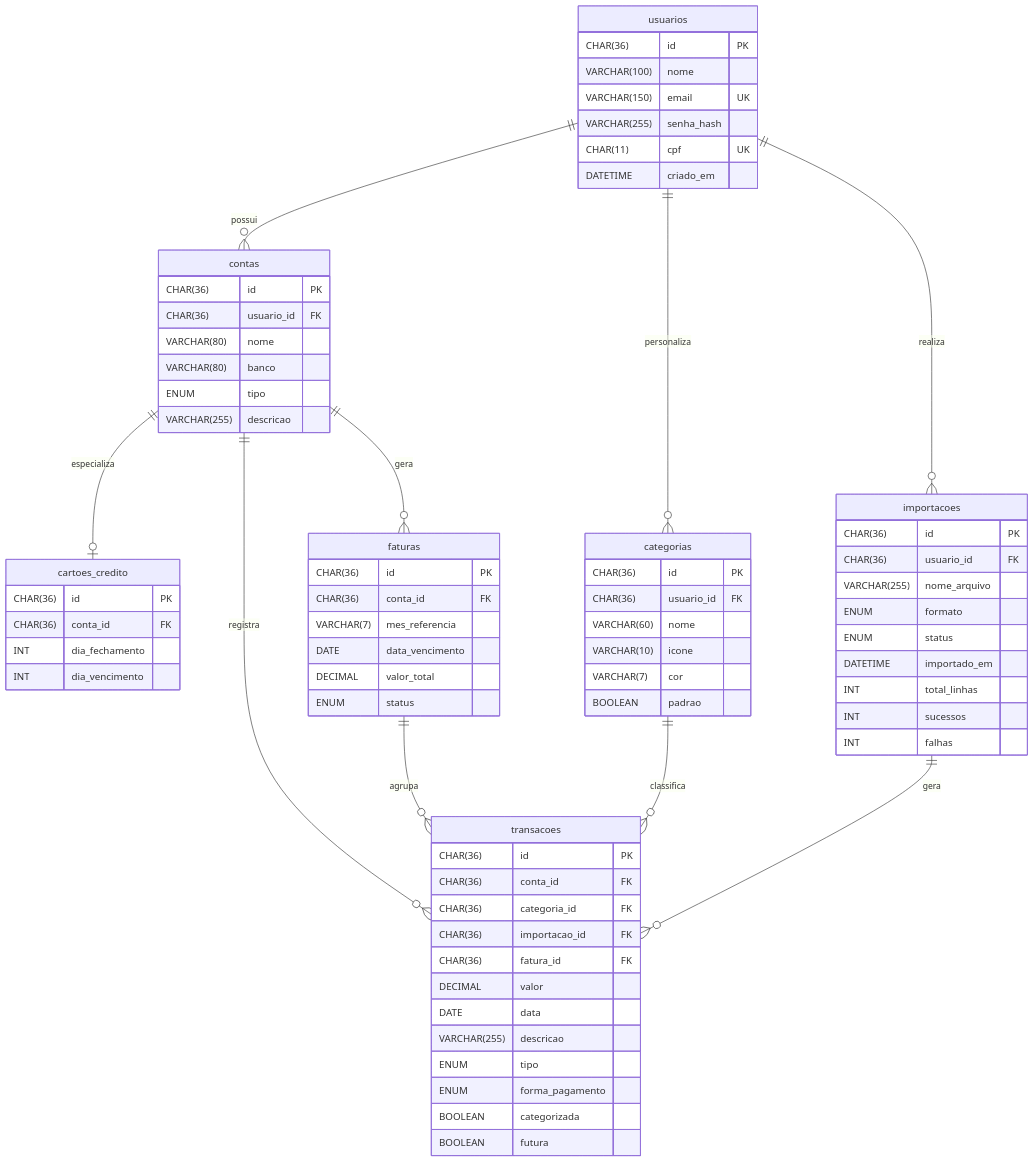
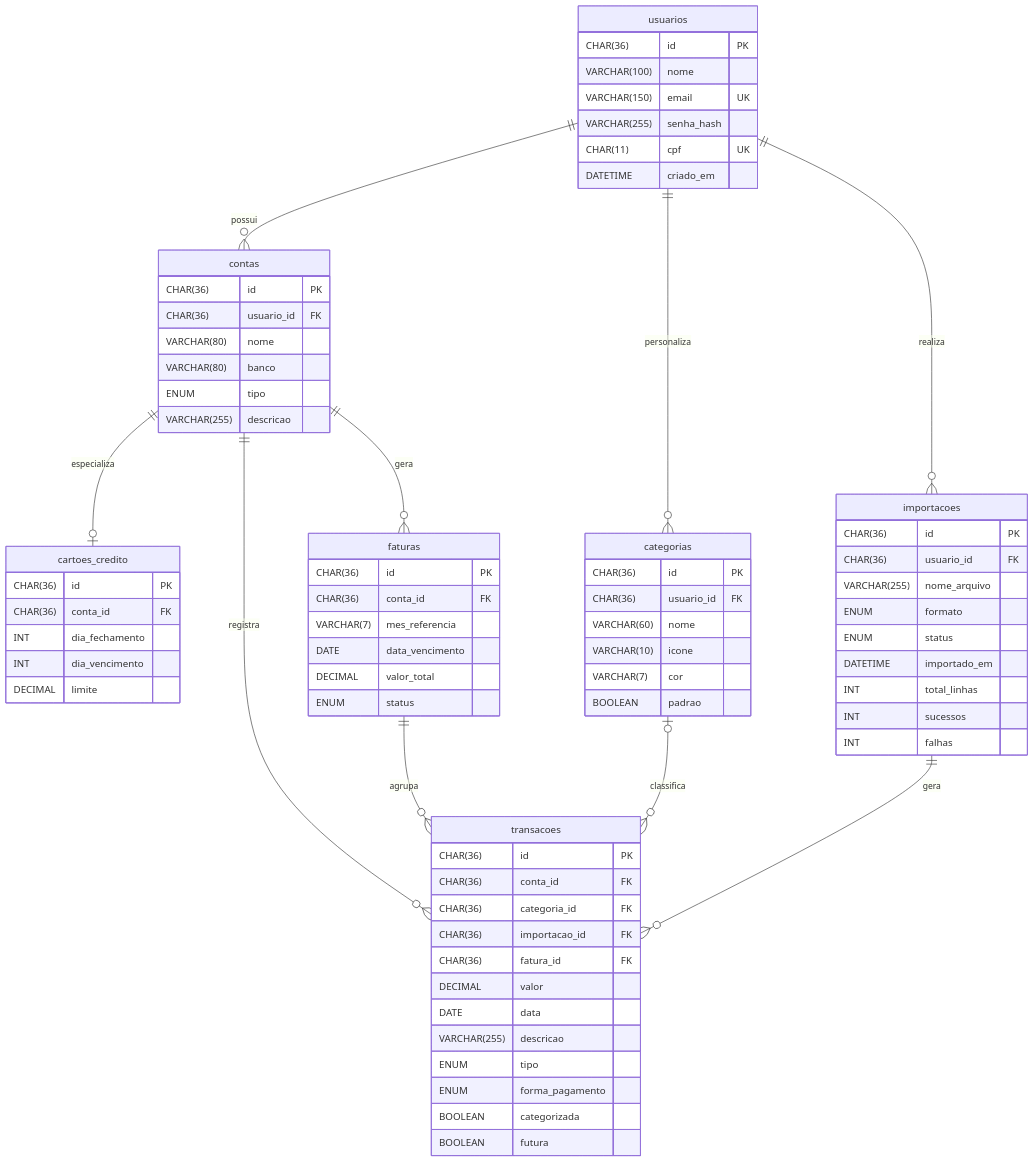
One commit to IFSC-ES2/projeto-app_financeiro changed the diagram in docs/diagramaERD.md. Above: the diagram before and after it, drawn with Mermaid. The commit also changed 70 other files, not shown here.

First line of the commit message:
docs: Adicionando o campo limite e corrigindo inconsistência na documentação.

````diff
--- a/docs/diagramaERD.md
+++ b/docs/diagramaERD.md
@@ -18,12 +18,16 @@
     ENUM         tipo
     VARCHAR(255) descricao
   }
- 
+  
+  %%O campo decimal tem uma limitação (10,2)
+  %%O campo limite vai ficar como opcional no momento já que essa funcionalidade não está dentro do MVP e vai contra o risco R04.
+
   cartoes_credito {
     CHAR(36)     id              PK
     CHAR(36)     conta_id        FK
     INT          dia_fechamento
     INT          dia_vencimento
+    DECIMAL      limite
   }
  
     %%O campo decimal tem uma limitação (10,2)
@@ -77,13 +81,14 @@
     INT          falhas
   }
  
-  usuarios        ||--o{ contas          : "possui"
-  usuarios        ||--o{ categorias      : "personaliza"
-  usuarios        ||--o{ importacoes     : "realiza"
+  usuarios        ||--o{ contas           : "possui"
+  usuarios        ||--o{ categorias       : "personaliza"
+  usuarios        ||--o{ importacoes      : "realiza"
   contas          ||--o| cartoes_credito  : "especializa"
-  contas          ||--o{ transacoes      : "registra"
-  contas          ||--o{ faturas         : "gera"
-  faturas         ||--o{ transacoes      : "agrupa"
-  categorias      ||--o{ transacoes      : "classifica"
-  importacoes     ||--o{ transacoes      : "gera"
+  contas          ||--o{ transacoes       : "registra"
+  contas          ||--o{ faturas          : "gera"
+  faturas         ||--o{ transacoes       : "agrupa"
+  categorias      |o--o{ transacoes       : "classifica"
+  importacoes     ||--o{ transacoes       : "gera"
+
 ```
````
